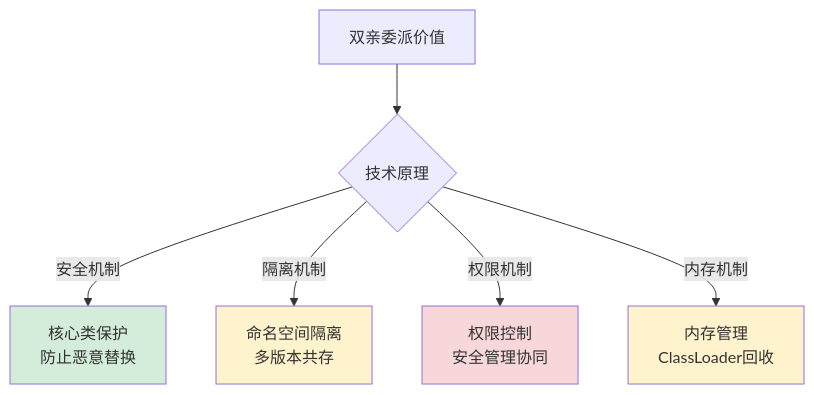
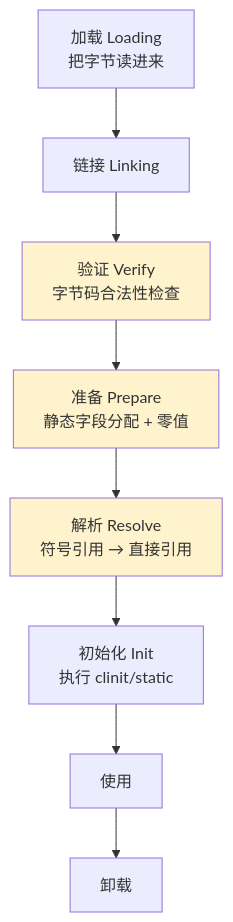
Before and after one commit to chongyang211/YCBookBlog: the fourth of 15 diagrams in docs/10.专栏/02.程序编程原理/03.运行时模型/01.类的加载核心原理.md, drawn with Mermaid. The commit also changed other lines of this file and 34 other files, not shown here.

````diff
--- a/docs/10.专栏/02.程序编程原理/03.运行时模型/01.类的加载核心原理.md
+++ b/docs/10.专栏/02.程序编程原理/03.运行时模型/01.类的加载核心原理.md
@@ -204,13 +318,14 @@
 ```mermaid
-graph TB
-    A[双亲委派价值] --> B{技术原理}
-    B -->|安全机制| C[核心类保护<br/>防止恶意替换]
-    B -->|隔离机制| D[命名空间隔离<br/>多版本共存]
-    B -->|权限机制| E[权限控制<br/>安全管理协同]
-    B -->|内存机制| F[内存管理<br/>ClassLoader回收]
-    
-    style C fill:#d4edda
-    style D fill:#fff3cd
-    style E fill:#f8d7da
-    style F fill:#fff3cd
+flowchart TB
+    A[加载 Loading<br/>把字节读进来] --> B[链接 Linking]
+    B --> B1[验证 Verify<br/>字节码合法性检查]
+    B1 --> B2[准备 Prepare<br/>静态字段分配 + 零值]
+    B2 --> B3[解析 Resolve<br/>符号引用 → 直接引用]
+    B3 --> C[初始化 Init<br/>执行 clinit/static]
+    C --> D[使用]
+    D --> E[卸载]
+
+    style B1 fill:#fff3cd
+    style B2 fill:#fff3cd
+    style B3 fill:#fff3cd
 ```
````
